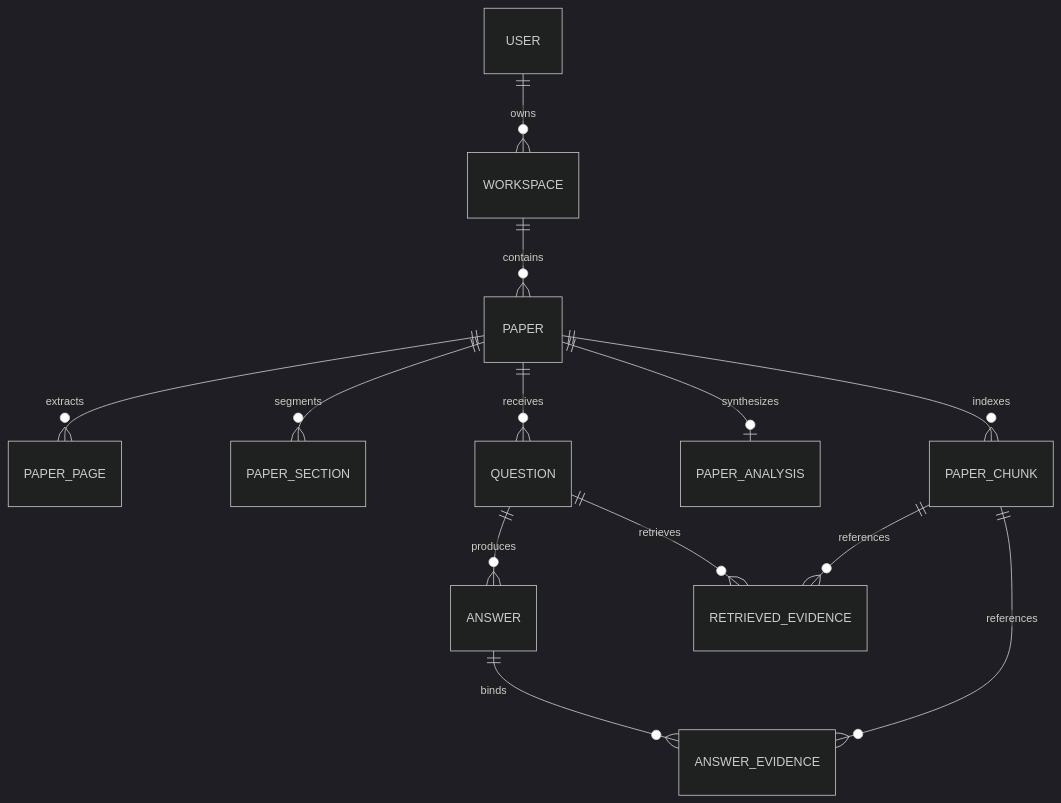
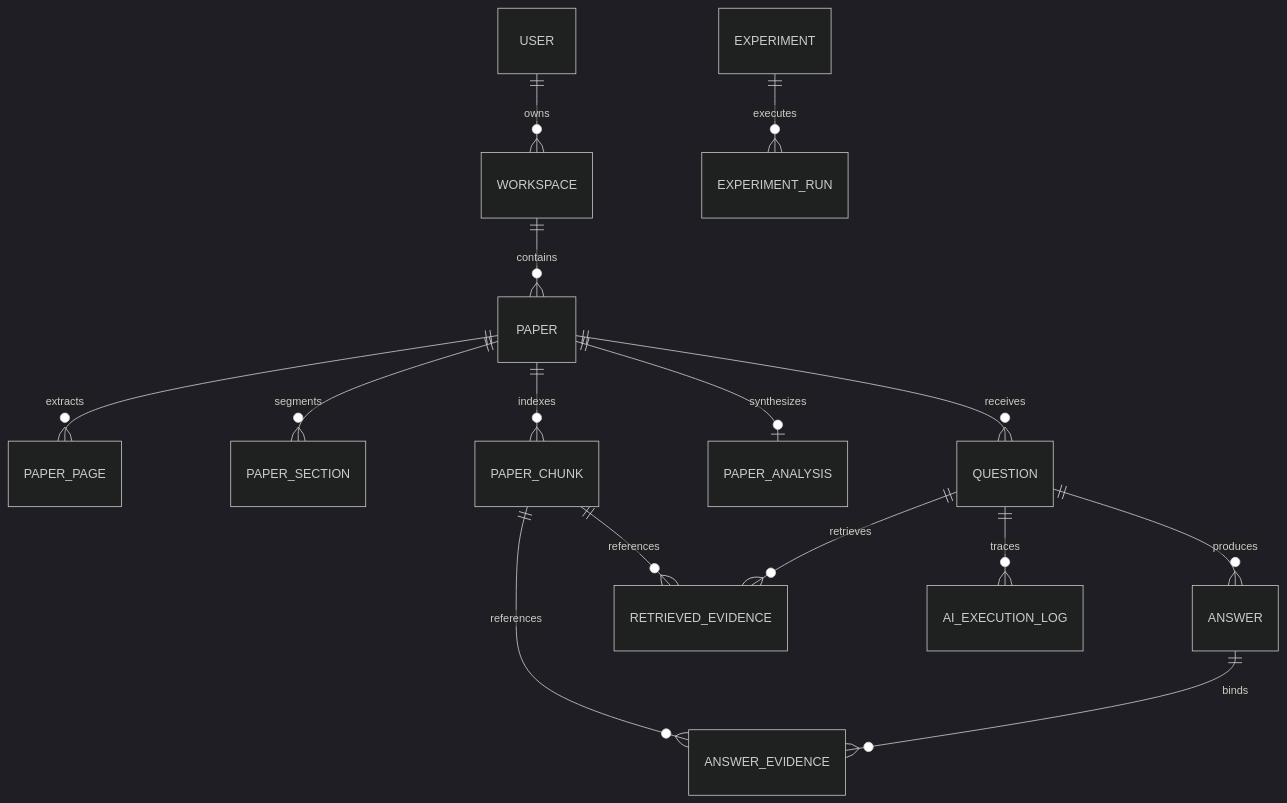
One commit to Sakthikumaran63/paperlens-atlas changed the diagram in docs/backend/database-design.md. Above: the diagram before and after it, drawn with Mermaid (dark theme). The commit also changed other lines of this file and 12 other files, not shown here.

````diff
--- a/docs/backend/database-design.md
+++ b/docs/backend/database-design.md
@@ -7,15 +7,17 @@
 ```mermaid
 erDiagram
     USER ||--o{ WORKSPACE : owns
     WORKSPACE ||--o{ PAPER : contains
     PAPER ||--o{ PAPER_PAGE : extracts
     PAPER ||--o{ PAPER_SECTION : segments
     PAPER ||--o{ PAPER_CHUNK : indexes
     PAPER ||--o| PAPER_ANALYSIS : synthesizes
     PAPER ||--o{ QUESTION : receives
     QUESTION ||--o{ ANSWER : produces
     QUESTION ||--o{ RETRIEVED_EVIDENCE : retrieves
     ANSWER ||--o{ ANSWER_EVIDENCE : binds
     PAPER_CHUNK ||--o{ ANSWER_EVIDENCE : references
     PAPER_CHUNK ||--o{ RETRIEVED_EVIDENCE : references
+    EXPERIMENT ||--o{ EXPERIMENT_RUN : executes
+    QUESTION ||--o{ AI_EXECUTION_LOG : traces
 ```
````
